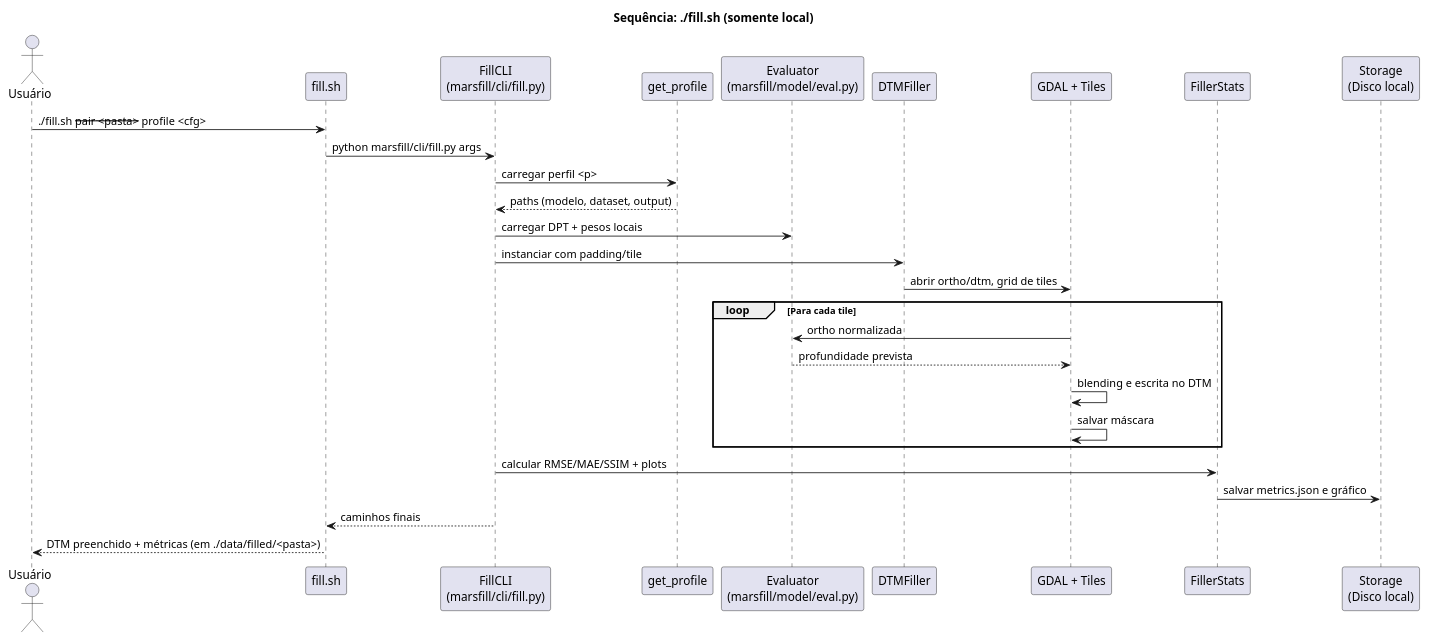
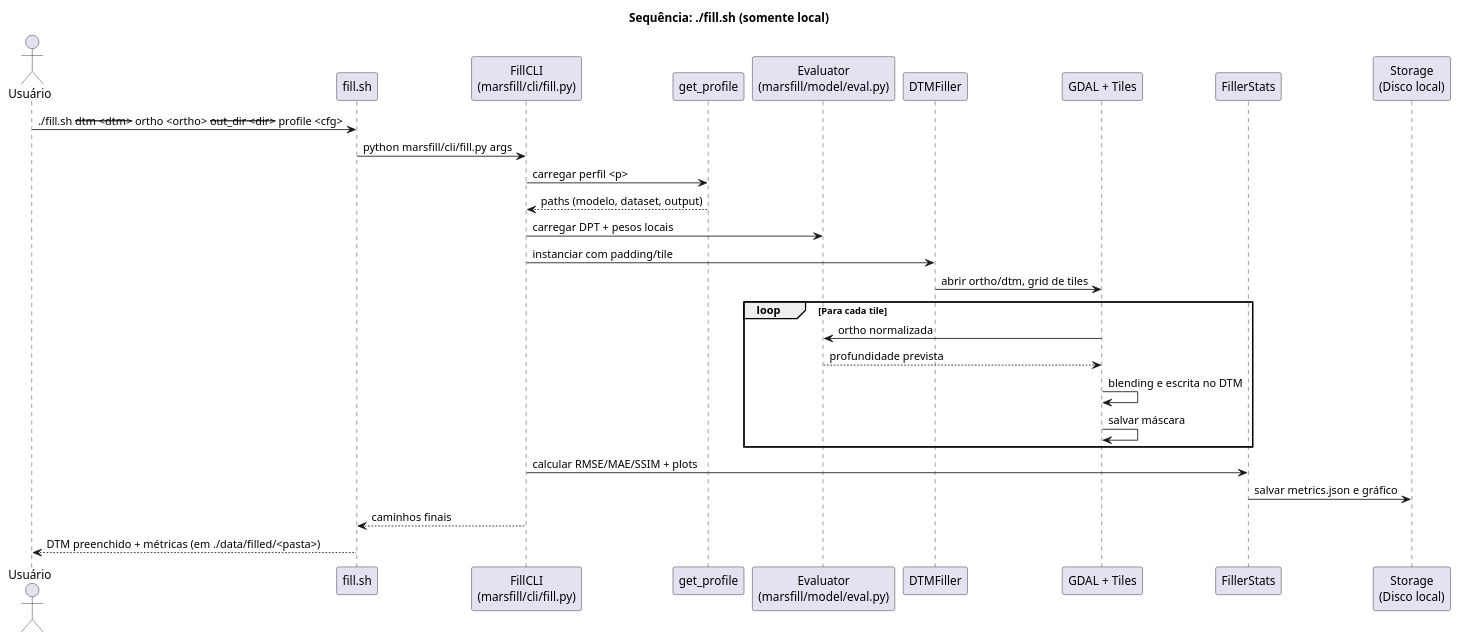
Before and after one commit to b-holanda/HiRISE-DTM-FILL: the diagram in docs/diagrams/fill_sequence.puml, drawn with PlantUML. The commit also changed 13 other files, not shown here.

```diff
--- a/docs/diagrams/fill_sequence.puml
+++ b/docs/diagrams/fill_sequence.puml
@@ -1,32 +1,32 @@
 @startuml FillPipeline
 title Sequência: ./fill.sh (somente local)
 
 actor Usuário
 participant "fill.sh" as Shell
 participant "FillCLI\n(marsfill/cli/fill.py)" as CLI
 participant "get_profile" as Profile
 participant "Evaluator\n(marsfill/model/eval.py)" as Eval
 participant "DTMFiller" as Filler
 participant "GDAL + Tiles" as GDAL
 participant "FillerStats" as Stats
 participant "Storage\n(Disco local)" as Storage
 
-Usuário -> Shell: ./fill.sh --pair <pasta> --profile <cfg>
+Usuário -> Shell: ./fill.sh --dtm <dtm> --ortho <ortho> --out_dir <dir> --profile <cfg>
 Shell -> CLI: python marsfill/cli/fill.py args
 CLI -> Profile: carregar perfil <p>
 Profile --> CLI: paths (modelo, dataset, output)
 CLI -> Eval: carregar DPT + pesos locais
 CLI -> Filler: instanciar com padding/tile
 Filler -> GDAL: abrir ortho/dtm, grid de tiles
 loop Para cada tile
   GDAL -> Eval: ortho normalizada
   Eval --> GDAL: profundidade prevista
   GDAL -> GDAL: blending e escrita no DTM
   GDAL -> GDAL: salvar máscara
 end
 CLI -> Stats: calcular RMSE/MAE/SSIM + plots
 Stats -> Storage: salvar metrics.json e gráfico
 CLI --> Shell: caminhos finais
 Shell --> Usuário: DTM preenchido + métricas (em ./data/filled/<pasta>)
 
 @enduml
```
